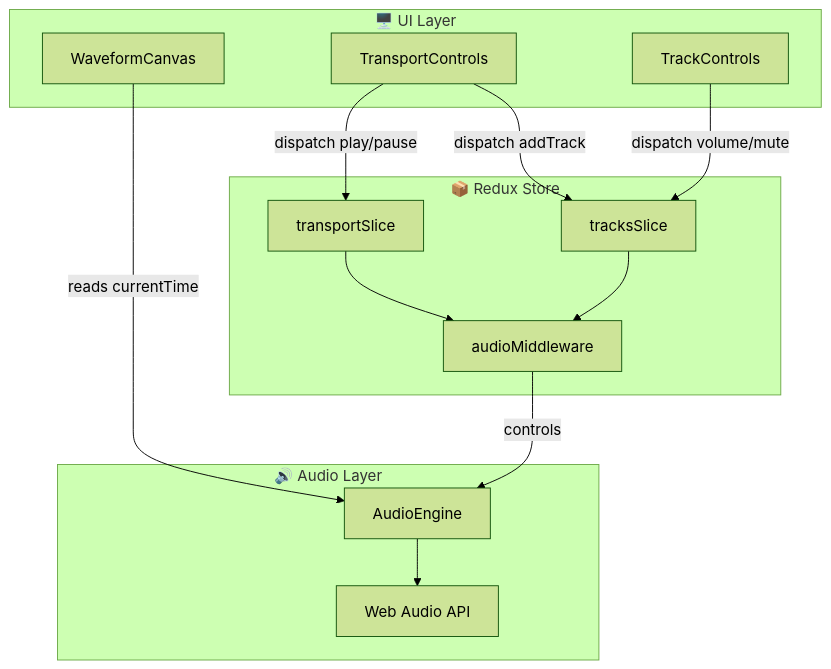
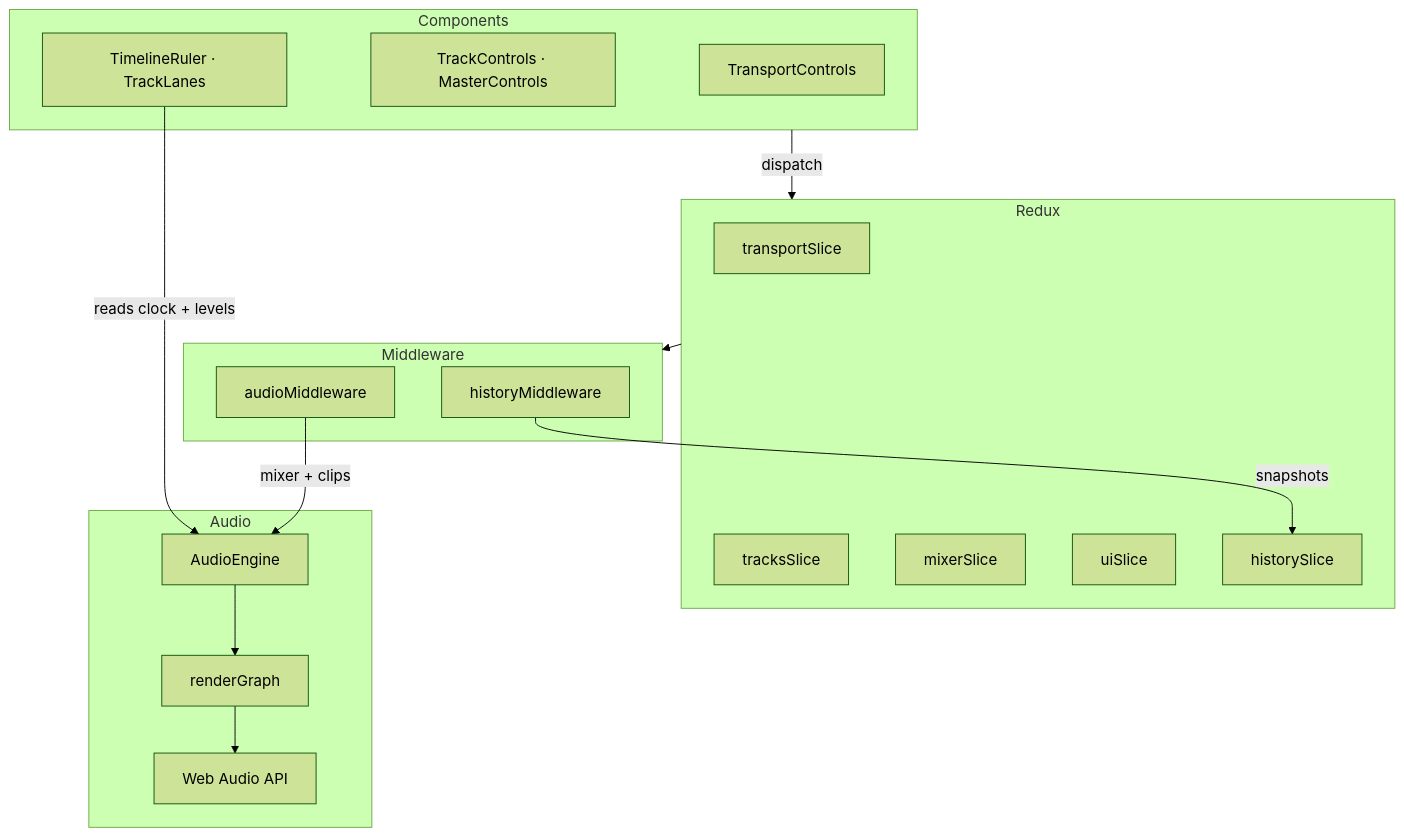
One commit to SibilSoren/audiopad changed the diagram in README.md. Above: the diagram before and after it, drawn with Mermaid (forest theme). The commit also changed other lines of this file and 7 other files, not shown here.

````diff
--- a/README.md
+++ b/README.md
@@ -25,29 +88,35 @@
 ```mermaid
 flowchart TB
-    subgraph UI["🖥️ UI Layer"]
-        TC[TransportControls]
-        TCL[TrackControls]
-        WC[WaveformCanvas]
+    subgraph UI["Components"]
+        T[TransportControls]
+        S[TrackControls · MasterControls]
+        C[TimelineRuler · TrackLanes]
     end
 
-    subgraph State["📦 Redux Store"]
-        TS[transportSlice]
-        TKS[tracksSlice]
+    subgraph Store["Redux"]
+        TR[transportSlice]
+        TK[tracksSlice]
+        MX[mixerSlice]
+        UIS[uiSlice]
+        H[historySlice]
+    end
+
+    subgraph MW["Middleware"]
+        HM[historyMiddleware]
         AM[audioMiddleware]
     end
 
-    subgraph Audio["🔊 Audio Layer"]
-        AE[AudioEngine]
+    subgraph Audio["Audio"]
+        E[AudioEngine]
+        RG[renderGraph]
         WA[Web Audio API]
     end
 
-    TC -->|dispatch play/pause| TS
-    TC -->|dispatch addTrack| TKS
-    TCL -->|dispatch volume/mute| TKS
-    WC -->|reads currentTime| AE
-    
-    TS --> AM
-    TKS --> AM
-    AM -->|controls| AE
-    AE --> WA
+    UI -->|dispatch| Store
+    Store --> MW
+    HM -->|snapshots| H
+    AM -->|mixer + clips| E
+    E --> RG
+    RG --> WA
+    C -->|reads clock + levels| E
 ```
````
